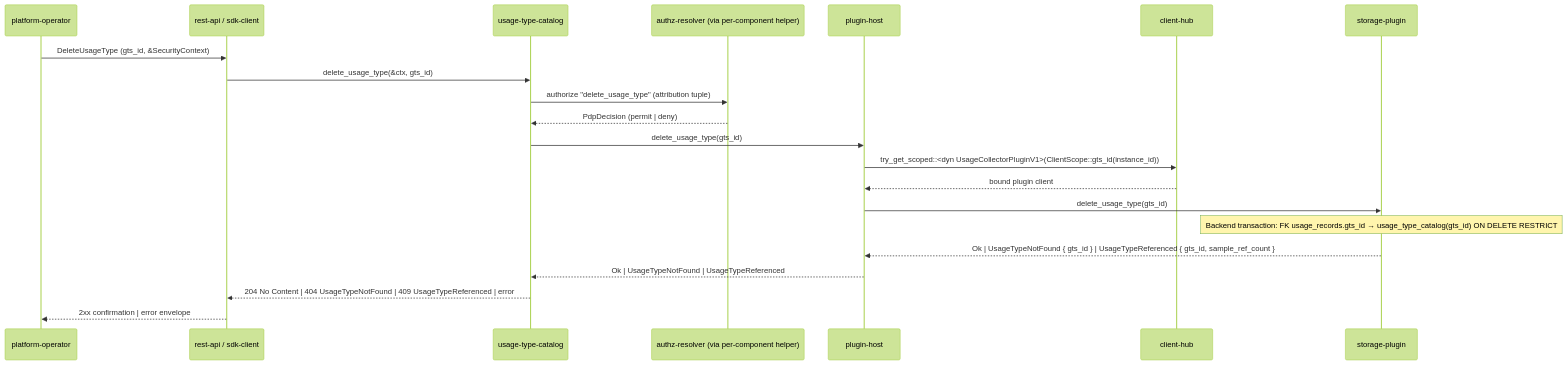
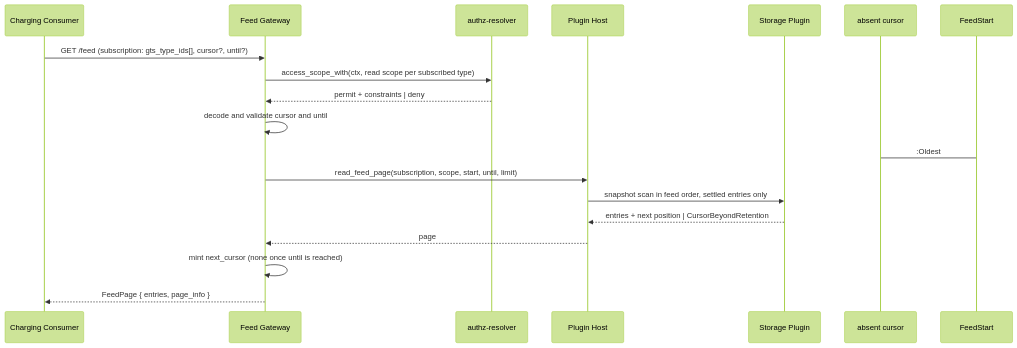
The seventh of 8 diagrams in gears/system/usage-collector/docs/DESIGN.md (Andrei-Iliushin-Constructor/gears-rust), drawn with Mermaid (forest theme) before and after one commit. The commit also changed other lines of this file and 38 other files, not shown here.

First line of the commit message:
docs(usage-collector)!: rework the metering model

````diff
--- a/gears/system/usage-collector/docs/DESIGN.md
+++ b/gears/system/usage-collector/docs/DESIGN.md
@@ -819,23 +1778,19 @@
 ```mermaid
 sequenceDiagram
-    participant Operator as platform-operator
-    participant Surface as rest-api / sdk-client
-    participant MC as usage-type-catalog
-    participant PDP as authz-resolver (via per-component helper)
-    participant PH as plugin-host
-    participant Hub as client-hub
-    participant SP as storage-plugin
-    Operator ->> Surface: DeleteUsageType (gts_id, &SecurityContext)
-    Surface ->> MC: delete_usage_type(&ctx, gts_id)
-    MC ->> PDP: authorize "delete_usage_type" (attribution tuple)
-    PDP -->> MC: PdpDecision (permit | deny)
-    MC ->> PH: delete_usage_type(gts_id)
-    PH ->> Hub: try_get_scoped::<dyn UsageCollectorPluginV1>(ClientScope::gts_id(instance_id))
-    Hub -->> PH: bound plugin client
-    PH ->> SP: delete_usage_type(gts_id)
-    Note over SP: Backend transaction: FK usage_records.gts_id → usage_type_catalog(gts_id) ON DELETE RESTRICT
-    SP -->> PH: Ok | UsageTypeNotFound { gts_id } | UsageTypeReferenced { gts_id, sample_ref_count }
-    PH -->> MC: Ok | UsageTypeNotFound | UsageTypeReferenced
-    MC -->> Surface: 204 No Content | 404 UsageTypeNotFound | 409 UsageTypeReferenced | error
-    Surface -->> Operator: 2xx confirmation | error envelope
+    participant C as Charging Consumer
+    participant FG as Feed Gateway
+    participant PDP as authz-resolver
+    participant PH as Plugin Host
+    participant P as Storage Plugin
+
+    C->>FG: GET /feed (subscription: gts_type_ids[], cursor?, until?)
+    FG->>PDP: access_scope_with(ctx, read scope per subscribed type)
+    PDP-->>FG: permit + constraints | deny
+    FG->>FG: decode and validate cursor and until; absent cursor -> FeedStart::Oldest
+    FG->>PH: read_feed_page(subscription, scope, start, until, limit)
+    PH->>P: snapshot scan in feed order, settled entries only
+    P-->>PH: entries + next position | CursorBeyondRetention
+    PH-->>FG: page
+    FG->>FG: mint next_cursor (none once until is reached)
+    FG-->>C: FeedPage { entries, page_info }
 ```
````
